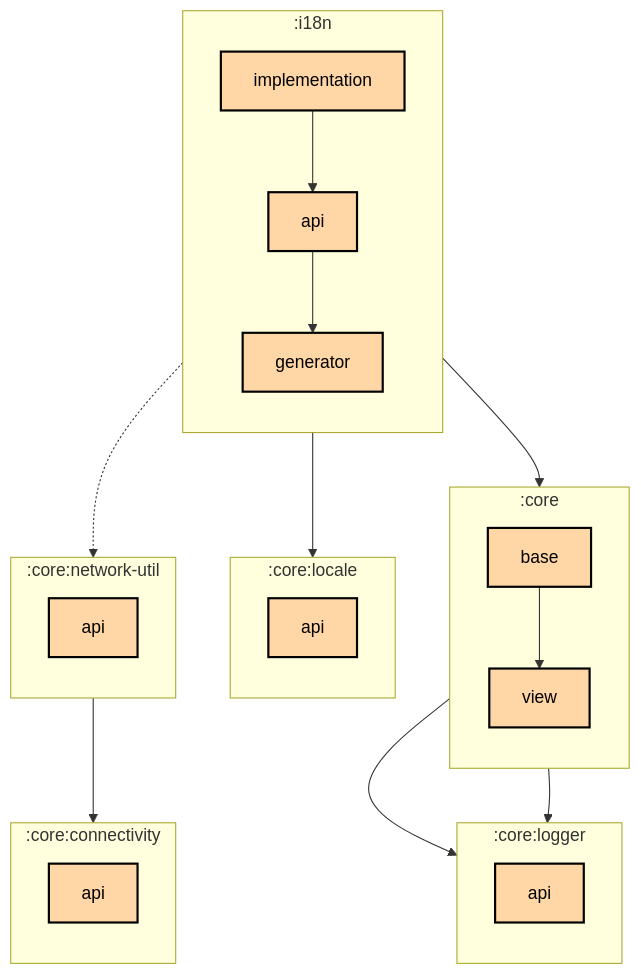
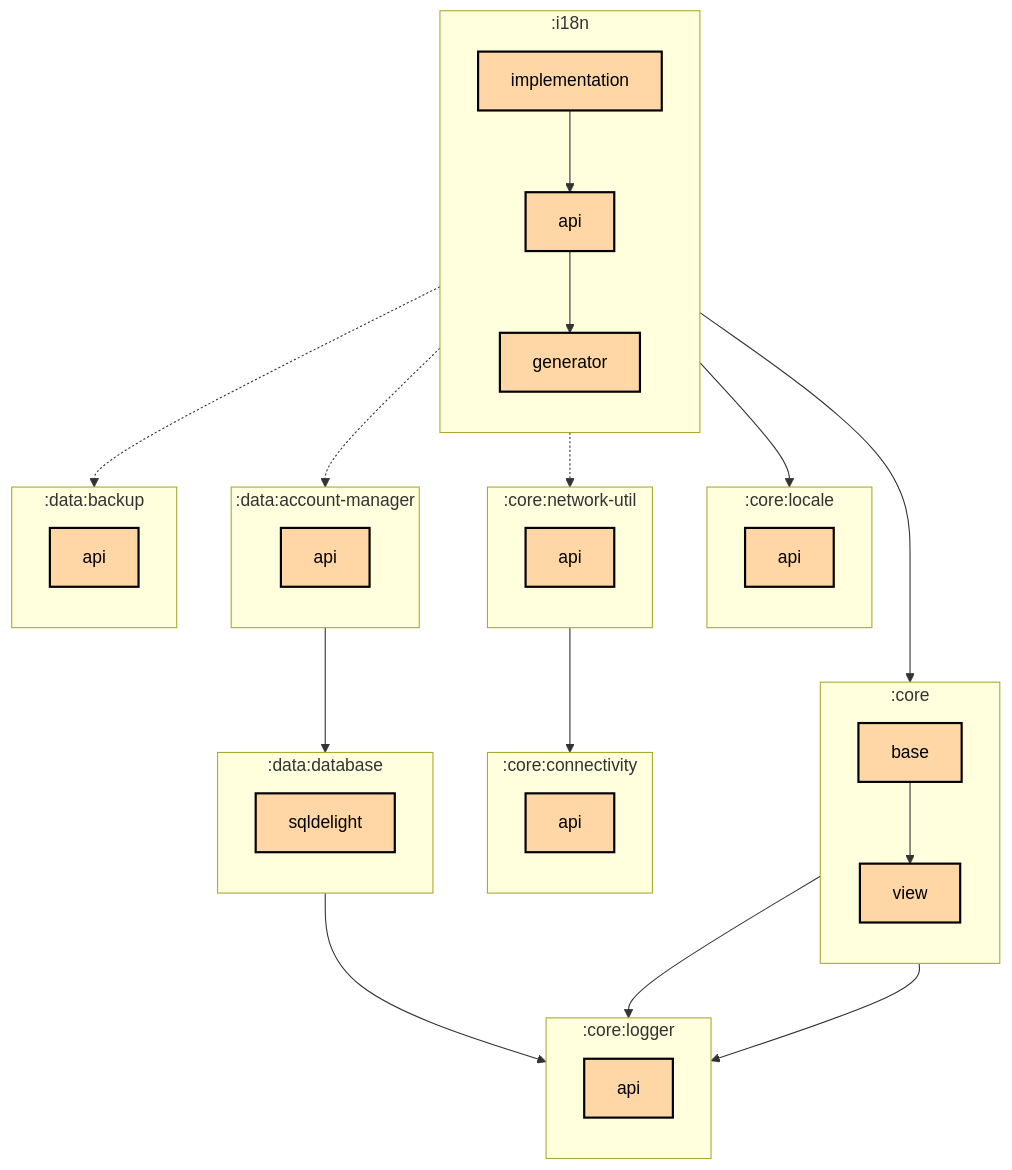
Before and after one commit to thomaskioko/tv-maniac: the first of 2 diagrams in i18n/implementation/README.md, drawn with Mermaid. The commit also changed 96 other files, not shown here.

First line of the commit message:
feat: Add backup restore data logic (#1256)

````diff
--- a/i18n/implementation/README.md
+++ b/i18n/implementation/README.md
@@ -6,46 +6,62 @@
 ```mermaid
 graph TB
   subgraph :core
     direction TB
     :core:base[base]:::multiplatform
     :core:view[view]:::multiplatform
   end
   subgraph :core:connectivity
     direction TB
     :core:connectivity:api[api]:::multiplatform
   end
   subgraph :core:locale
     direction TB
     :core:locale:api[api]:::multiplatform
   end
   subgraph :core:logger
     direction TB
     :core:logger:api[api]:::multiplatform
   end
   subgraph :core:network-util
     direction TB
     :core:network-util:api[api]:::multiplatform
   end
+  subgraph :data:account-manager
+    direction TB
+    :data:account-manager:api[api]:::multiplatform
+  end
+  subgraph :data:backup
+    direction TB
+    :data:backup:api[api]:::multiplatform
+  end
+  subgraph :data:database
+    direction TB
+    :data:database:sqldelight[sqldelight]:::multiplatform
+  end
   subgraph :i18n
     direction TB
     :i18n:api[api]:::multiplatform
     :i18n:generator[generator]:::multiplatform
     :i18n:implementation[implementation]:::multiplatform
   end
 
   :core:base --> :core:logger:api
   :core:base --> :core:view
   :core:network-util:api --> :core:connectivity:api
   :core:view --> :core:logger:api
+  :data:account-manager:api --> :data:database:sqldelight
+  :data:database:sqldelight --> :core:logger:api
   :i18n:api --> :i18n:generator
   :i18n:implementation --> :core:base
   :i18n:implementation --> :core:locale:api
   :i18n:implementation -.-> :core:network-util:api
+  :i18n:implementation -.-> :data:account-manager:api
+  :i18n:implementation -.-> :data:backup:api
   :i18n:implementation --> :i18n:api
 
 classDef application fill:#CAFFBF,stroke:#000,stroke-width:2px,color:#000;
 classDef multiplatform fill:#FFD6A5,stroke:#000,stroke-width:2px,color:#000;
 classDef android-library fill:#9BF6FF,stroke:#000,stroke-width:2px,color:#000;
 classDef jvm-library fill:#BDB2FF,stroke:#000,stroke-width:2px,color:#000;
 classDef unknown fill:#FFADAD,stroke:#000,stroke-width:2px,color:#000;
 ```
````
